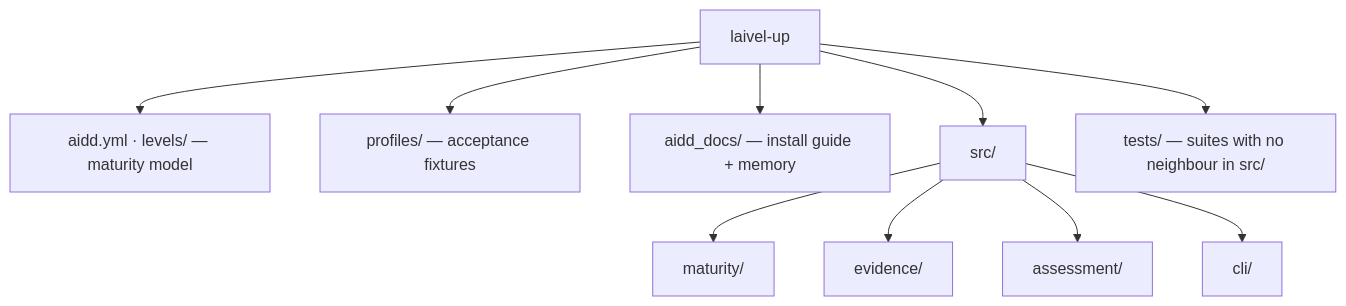
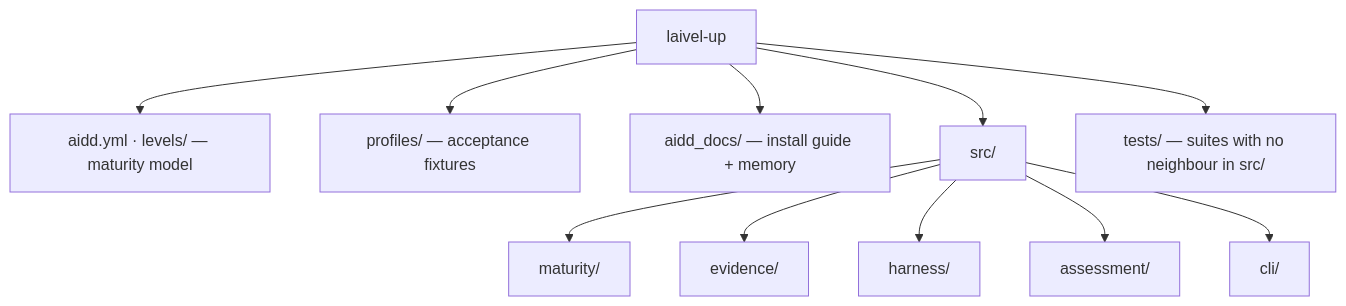
The diagram in aidd_docs/memory/codebase-map.md (BlandineRdl/aidd-audit), drawn with Mermaid before and after one commit. The commit also changed other lines of this file and 65 other files, not shown here.

````diff
--- a/aidd_docs/memory/codebase-map.md
+++ b/aidd_docs/memory/codebase-map.md
@@ -7,14 +7,15 @@
 ```mermaid
 flowchart TD
   ROOT["laivel-up"] --> MODEL["aidd.yml · levels/ — maturity model"]
   ROOT --> FIX["profiles/ — acceptance fixtures"]
   ROOT --> DOCS["aidd_docs/ — install guide + memory"]
   ROOT --> SRC["src/"]
   ROOT --> TESTS["tests/ — suites with no neighbour in src/"]
 
   SRC --> MAT["maturity/"]
   SRC --> EV["evidence/"]
+  SRC --> HARN["harness/"]
   SRC --> AS["assessment/"]
   SRC --> CLI["cli/"]
 
 ```
````
